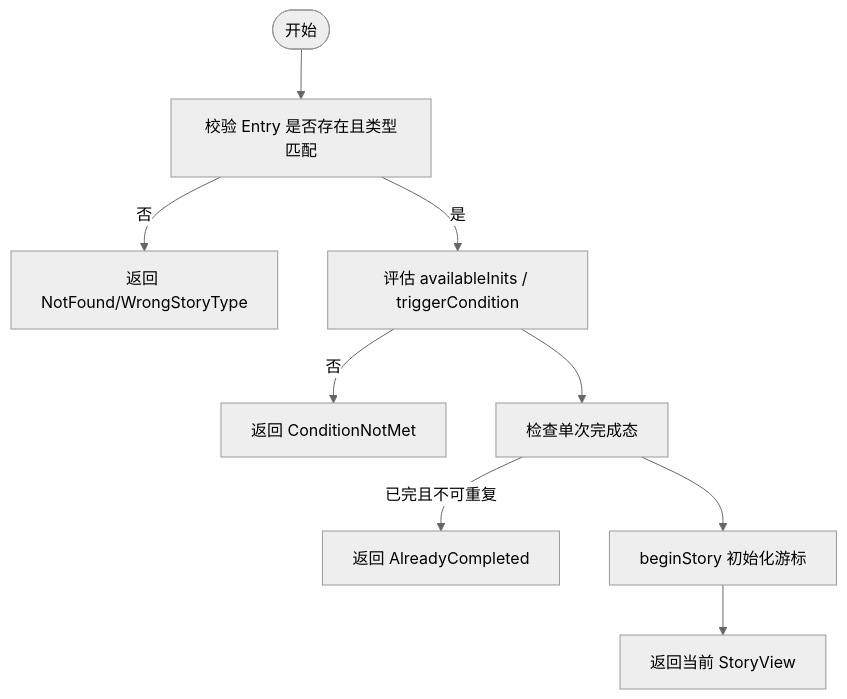
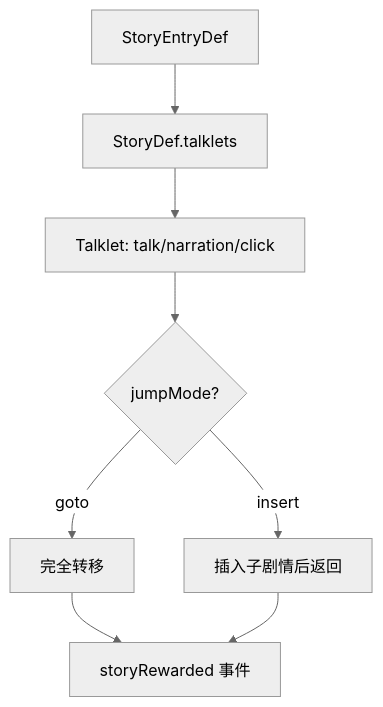
Before and after one commit to EsiLA9/Arona-Clicker: the third of 6 diagrams in .qoder/repowiki/zh/content/游戏系统/游戏系统.md, drawn with Mermaid (neutral theme). The commit also changed other lines of this file and 45 other files, not shown here.

````diff
--- a/.qoder/repowiki/zh/content/游戏系统/游戏系统.md
+++ b/.qoder/repowiki/zh/content/游戏系统/游戏系统.md
@@ -172,11 +194,10 @@
 ```mermaid
 flowchart TD
-Start(["开始"]) --> CheckEntry["校验 Entry 是否存在且类型匹配"]
-CheckEntry --> |否| ErrNotFound["返回 NotFound/WrongStoryType"]
-CheckEntry --> |是| CheckCond["评估 availableInits / triggerCondition"]
-CheckCond --> |否| ErrCond["返回 ConditionNotMet"]
-CheckCond --> CheckRepeat["检查单次完成态"]
-CheckRepeat --> |已完且不可重复| ErrDone["返回 AlreadyCompleted"]
-CheckRepeat --> Begin["beginStory 初始化游标"]
-Begin --> View["返回当前 StoryView"]
+A["StoryEntryDef"] --> B["StoryDef.talklets"]
+B --> C["Talklet: talk/narration/click"]
+C --> D{"jumpMode?"}
+D --> |goto| E["完全转移"]
+D --> |insert| F["插入子剧情后返回"]
+E --> G["storyRewarded 事件"]
+F --> G
 ```
````
